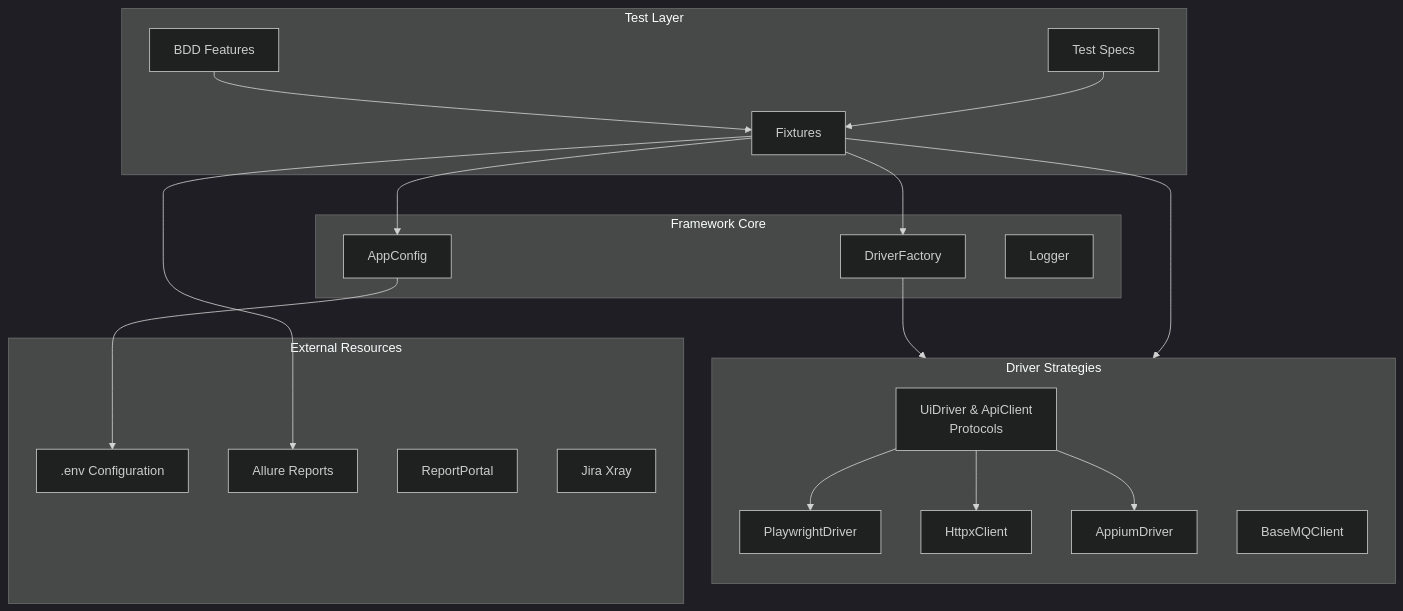
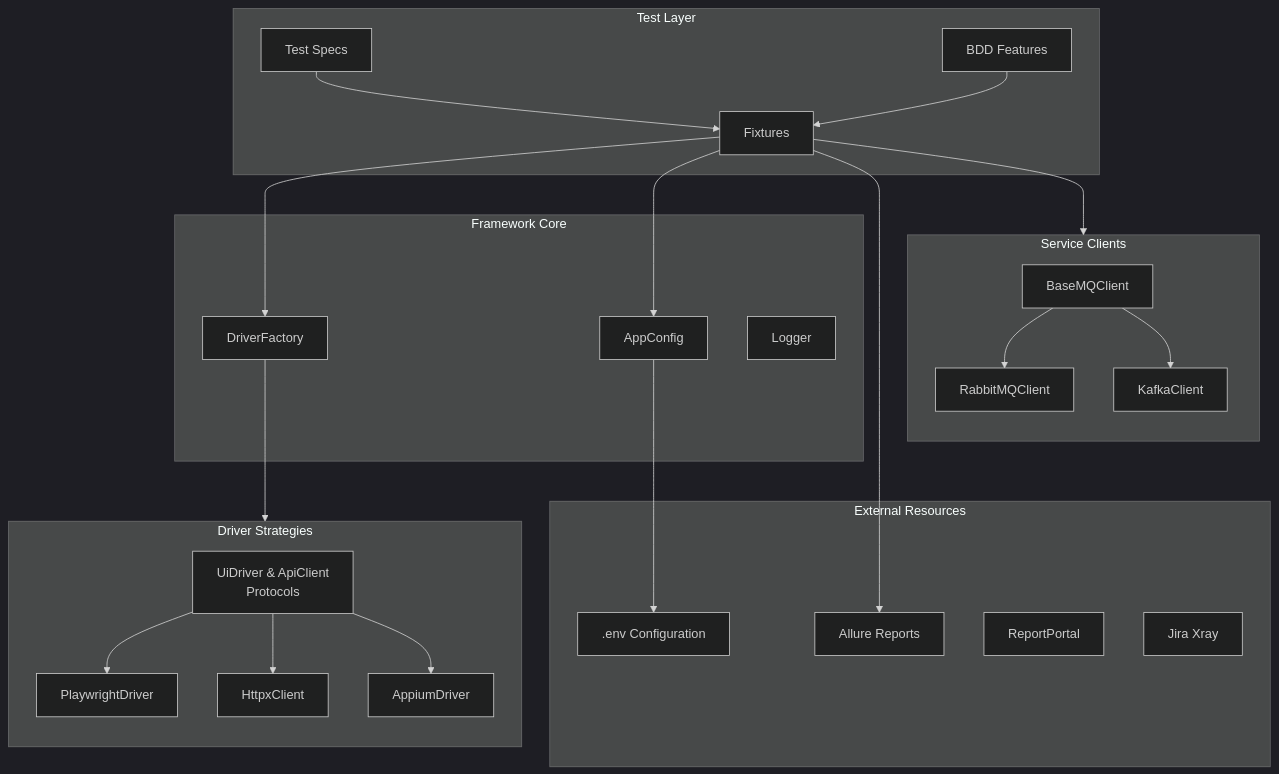
The first of 3 diagrams in docs/architecture/overview.md (vinipx/taflex-python-modular), drawn with Mermaid (dark theme) before and after one commit.

Commit message:
docs: include concrete MQ implementations in architecture diagram

````diff
--- a/docs/architecture/overview.md
+++ b/docs/architecture/overview.md
@@ -23,44 +23,53 @@
 ```mermaid
 flowchart TB
     subgraph "Test Layer"
         TC[Test Specs]
         BDD[BDD Features]
         FIX[Fixtures]
     end
 
     subgraph "Framework Core"
         DF[DriverFactory]
         CM[AppConfig]
         LOG[Logger]
     end
 
     subgraph "Driver Strategies"
         direction TB
         ADS[UiDriver & ApiClient<br/>Protocols]
         PD[PlaywrightDriver]
         HC[HttpxClient]
         AD[AppiumDriver]
+    end
+
+    subgraph "Service Clients"
+        direction TB
         MQC[BaseMQClient]
+        RMQ[RabbitMQClient]
+        KFK[KafkaClient]
     end
 
     subgraph "External Resources"
         ENV[.env Configuration]
         ALR[Allure Reports]
         RP[ReportPortal]
         XRAY[Jira Xray]
     end
 
     TC --> FIX
     BDD --> FIX
     FIX --> DF
     FIX --> CM
     FIX --> MQC
 
     DF --> ADS
     ADS --> PD
     ADS --> HC
     ADS --> AD
+    
+    MQC --> RMQ
+    MQC --> KFK
 
     CM --> ENV
     FIX --> ALR
 ```
````
